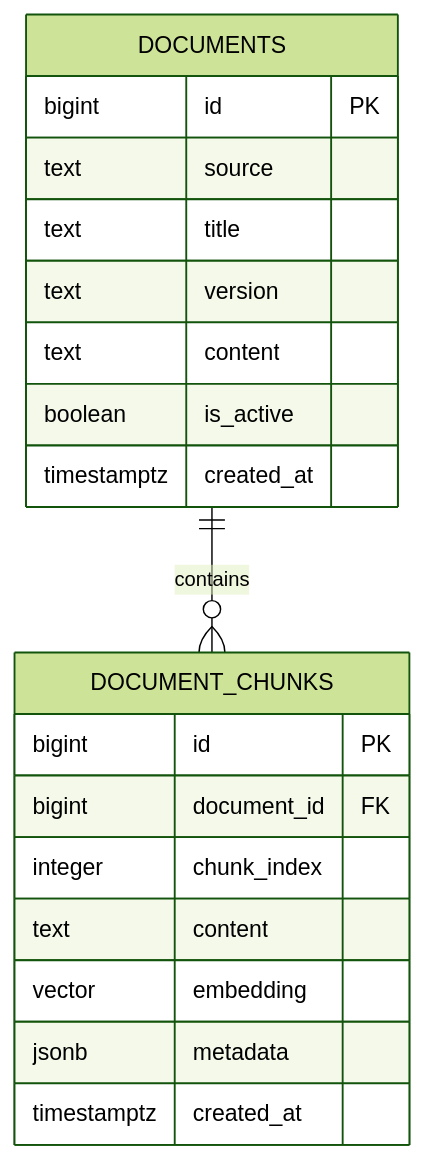
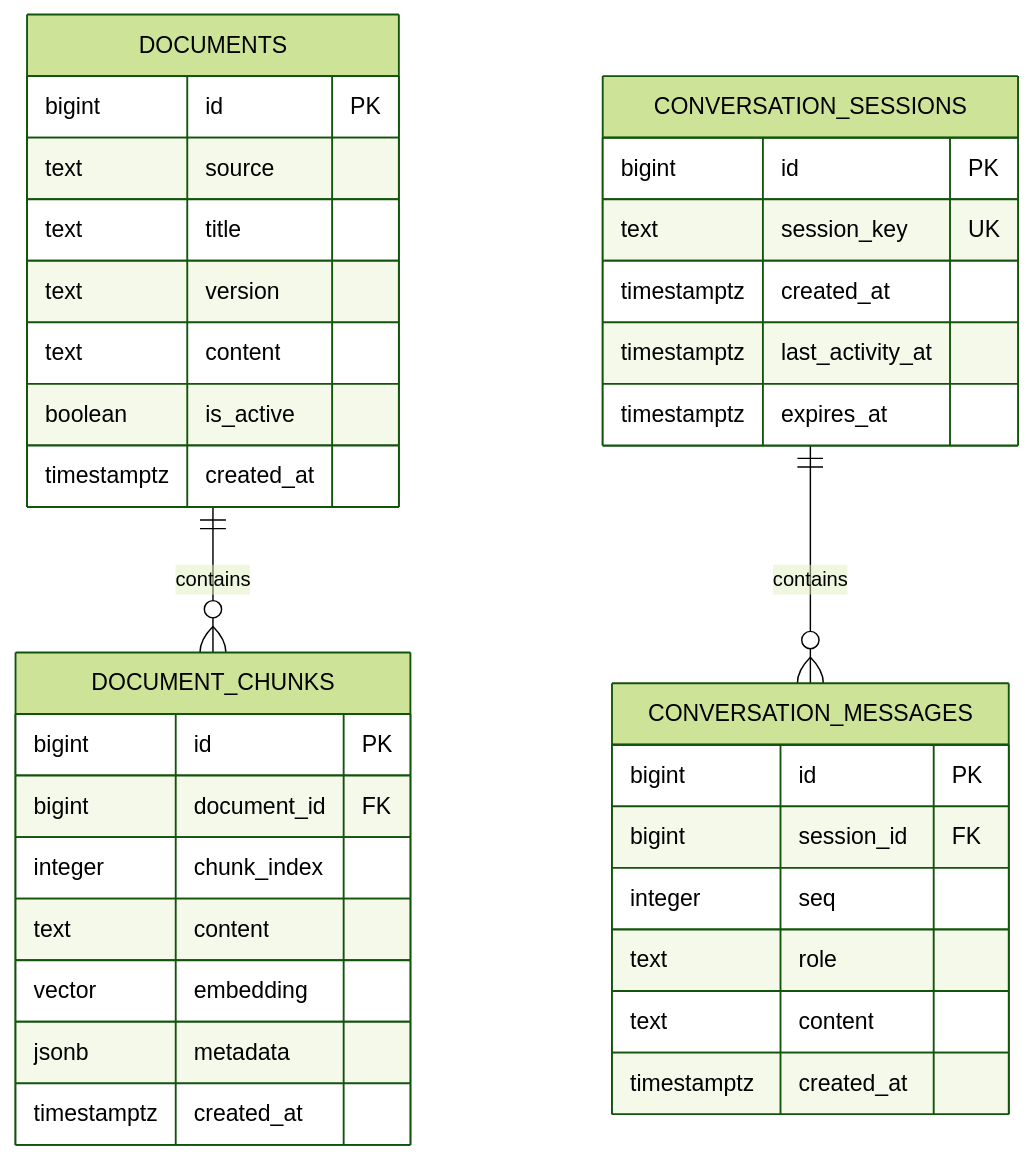
Before and after one commit to jlizancandela/chatbox: the diagram in api/database/erd.md, drawn with Mermaid (forest theme). The commit also changed other lines of this file and 17 other files, not shown here.

````diff
--- a/api/database/erd.md
+++ b/api/database/erd.md
@@ -3,24 +3,43 @@
 ```mermaid
 erDiagram
     DOCUMENTS {
         bigint id PK
         text source
         text title
         text version
         text content
         boolean is_active
         timestamptz created_at
     }
 
     DOCUMENT_CHUNKS {
         bigint id PK
         bigint document_id FK
         integer chunk_index
         text content
         vector embedding
         jsonb metadata
         timestamptz created_at
     }
 
     DOCUMENTS ||--o{ DOCUMENT_CHUNKS : contains
+
+    CONVERSATION_SESSIONS {
+        bigint id PK
+        text session_key UK
+        timestamptz created_at
+        timestamptz last_activity_at
+        timestamptz expires_at
+    }
+
+    CONVERSATION_MESSAGES {
+        bigint id PK
+        bigint session_id FK
+        integer seq
+        text role
+        text content
+        timestamptz created_at
+    }
+
+    CONVERSATION_SESSIONS ||--o{ CONVERSATION_MESSAGES : contains
 ```
````
